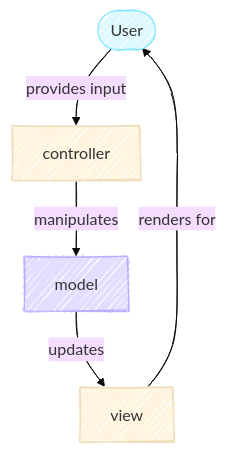
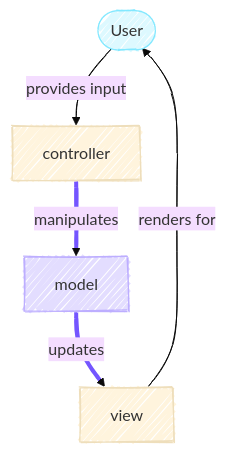
The diagram in docs/4-model.md (ImperialCollegeLondon/ReCoDE-research-python-patterns), drawn with Mermaid before and after one commit. The commit also changed other lines of this file, not shown here.

Commit message:
docs: Fixed incorrect statemetn about which part of the graph it is in

````diff
--- a/docs/4-model.md
+++ b/docs/4-model.md
@@ -19,16 +47,17 @@
 ```mermaid
 ---
 config:
   look: handDrawn
   theme: base
 ---
 flowchart TD
   user([User])
   user -->|provides input| controller
   controller -->|manipulates| model
   model -->|updates| view
   view -->|renders for| user
 
   style user fill:#DDF9FF,stroke:#82E8FF
   style model fill:#E3DDFF,stroke:#BDAEFF
+  linkStyle 1,2 stroke:#7455FF,stroke-width:4px
 ```
````
